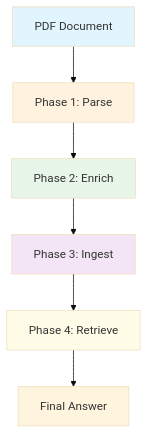
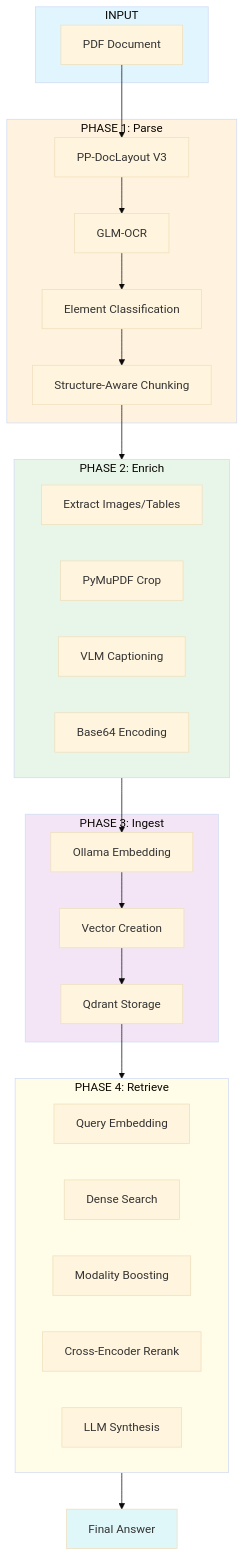
One commit to mohitagr18/multimodal_rag_article changed the diagram in article_prototype/README.md. Above: the diagram before and after it, drawn with Mermaid (base theme). The commit also changed other lines of this file and 2 other files, not shown here.

````diff
--- a/article_prototype/README.md
+++ b/article_prototype/README.md
@@ -14,14 +14,56 @@
 ```mermaid
 flowchart TB
-    PDF[PDF Document] --> P1[Phase 1: Parse]
-    P1 --> P2[Phase 2: Enrich]
-    P2 --> P3[Phase 3: Ingest]
-    P3 --> P4[Phase 4: Retrieve]
-    P4 --> Answer[Final Answer]
+    subgraph Input["INPUT"]
+        PDF[PDF Document]
+    end
+
+    subgraph Phase1["PHASE 1: Parse"]
+        P1A[PP-DocLayout V3]
+        P1B[GLM-OCR]
+        P1C[Element Classification]
+        P1D[Structure-Aware Chunking]
+    end
+
+    subgraph Phase2["PHASE 2: Enrich"]
+        P2A[Extract Images/Tables]
+        P2B[PyMuPDF Crop]
+        P2C[VLM Captioning]
+        P2D[Base64 Encoding]
+    end
+
+    subgraph Phase3["PHASE 3: Ingest"]
+        P3A[Ollama Embedding]
+        P3B[Vector Creation]
+        P3C[Qdrant Storage]
+    end
+
+    subgraph Phase4["PHASE 4: Retrieve"]
+        P4A[Query Embedding]
+        P4B[Dense Search]
+        P4C[Modality Boosting]
+        P4D[Cross-Encoder Rerank]
+        P4E[LLM Synthesis]
+    end
+
+    Output[Final Answer]
+
+    PDF --> P1A
+    P1A --> P1B
+    P1B --> P1C
+    P1C --> P1D
+    P1D --> Phase2
     
-    style PDF fill:#e1f5fe
-    style P1 fill:#fff3e0
-    style P2 fill:#e8f5e9
-    style P3 fill:#f3e5f5
-    style P4 fill:#fffde7
+    Phase2 --> P3A
+    P3A --> P3B
+    P3B --> P3C
+    P3C --> Phase4
+    
+    Phase4 --> Output
+
+    style Input fill:#e1f5fe
+    style Phase1 fill:#fff3e0
+    style Phase2 fill:#e8f5e9
+    style Phase3 fill:#f3e5f5
+    style Phase4 fill:#fffde7
+    style Output fill:#e0f7fa
 ```
````
